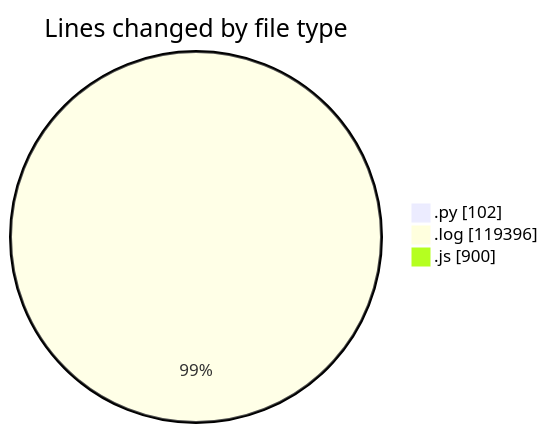
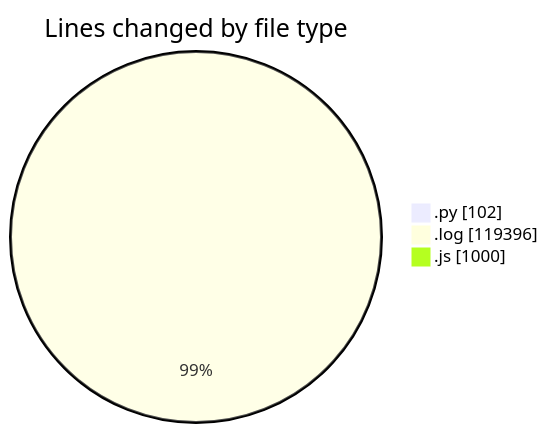
One commit to nxtqubesakshisongat/code-tracking changed the first of 2 diagrams in 2025-04-11/nxtqube_webapp/README.md. Above: the diagram before and after it, drawn with Mermaid. The commit also changed other lines of this file and 1 other file, not shown here.

````diff
--- a/2025-04-11/nxtqube_webapp/README.md
+++ b/2025-04-11/nxtqube_webapp/README.md
@@ -24,7 +25,7 @@
 ```mermaid
 pie showData
 title Lines changed by file type
 ".py" : 102
 ".log" : 119396
-".js" : 900
+".js" : 1000
 ```
````
